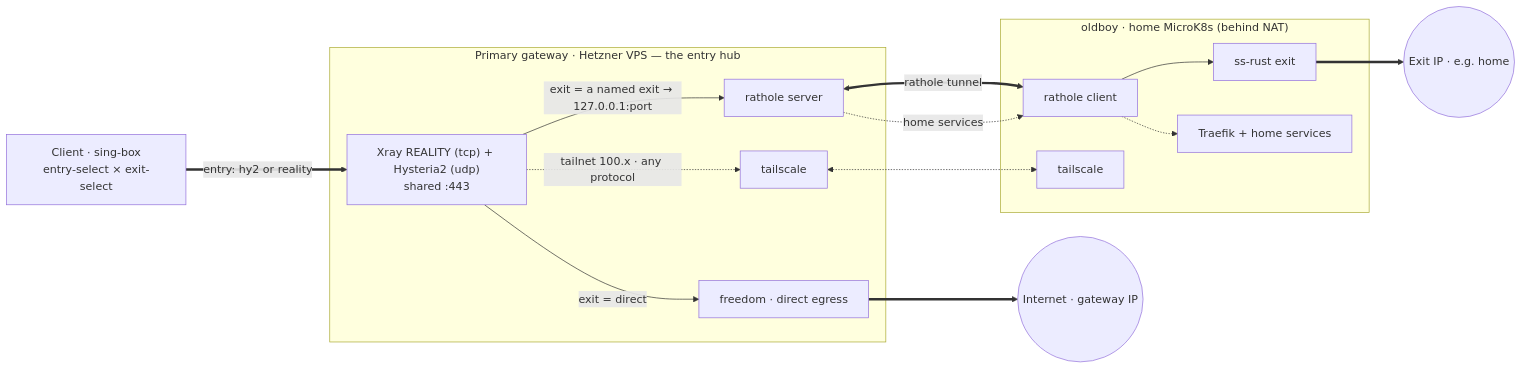
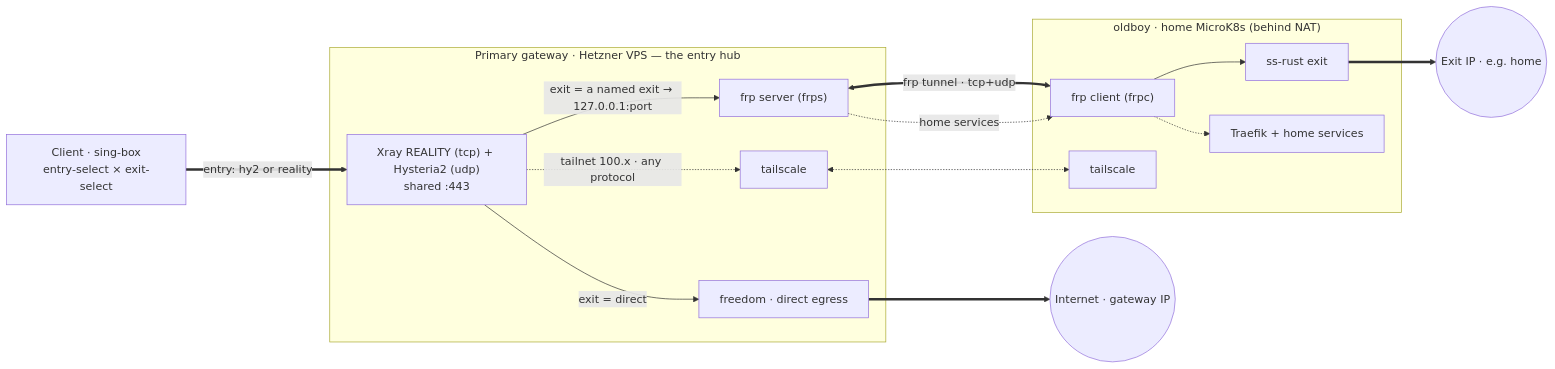
The first of 6 diagrams in docs/architecture.md (radiosilence/jaritanet), drawn with Mermaid before and after one commit. The commit also changed other lines of this file and 12 other files, not shown here.

First line of the commit message:
feat(tunnel): replace rathole with frp (TCP + UDP everywhere) (#74)

````diff
--- a/docs/architecture.md
+++ b/docs/architecture.md
@@ -21,29 +21,29 @@
 ```mermaid
 flowchart LR
   CLIENT["Client · sing-box<br/>entry-select × exit-select"]
 
   subgraph GW["Primary gateway · Hetzner VPS — the entry hub"]
     IN["Xray REALITY (tcp) + Hysteria2 (udp)<br/>shared :443"]
     FR["freedom · direct egress"]
-    RS["rathole server"]
+    RS["frp server (frps)"]
     TSG["tailscale"]
   end
 
   subgraph EX["oldboy · home MicroK8s (behind NAT)"]
-    RC["rathole client"]
+    RC["frp client (frpc)"]
     SS["ss-rust exit"]
     TSH["tailscale"]
     SV["Traefik + home services"]
   end
 
   NET(("Internet · gateway IP"))
   EIP(("Exit IP · e.g. home"))
 
   CLIENT ==>|"entry: hy2 or reality"| IN
   IN -->|"exit = direct"| FR ==> NET
   IN -->|"exit = a named exit → 127.0.0.1:port"| RS
-  RS <==>|"rathole tunnel"| RC --> SS ==> EIP
+  RS <==>|"frp tunnel · tcp+udp"| RC --> SS ==> EIP
   RS -.->|"home services"| RC
   RC -.-> SV
   IN -.->|"tailnet 100.x · any protocol"| TSG <-.-> TSH
 ```
````
